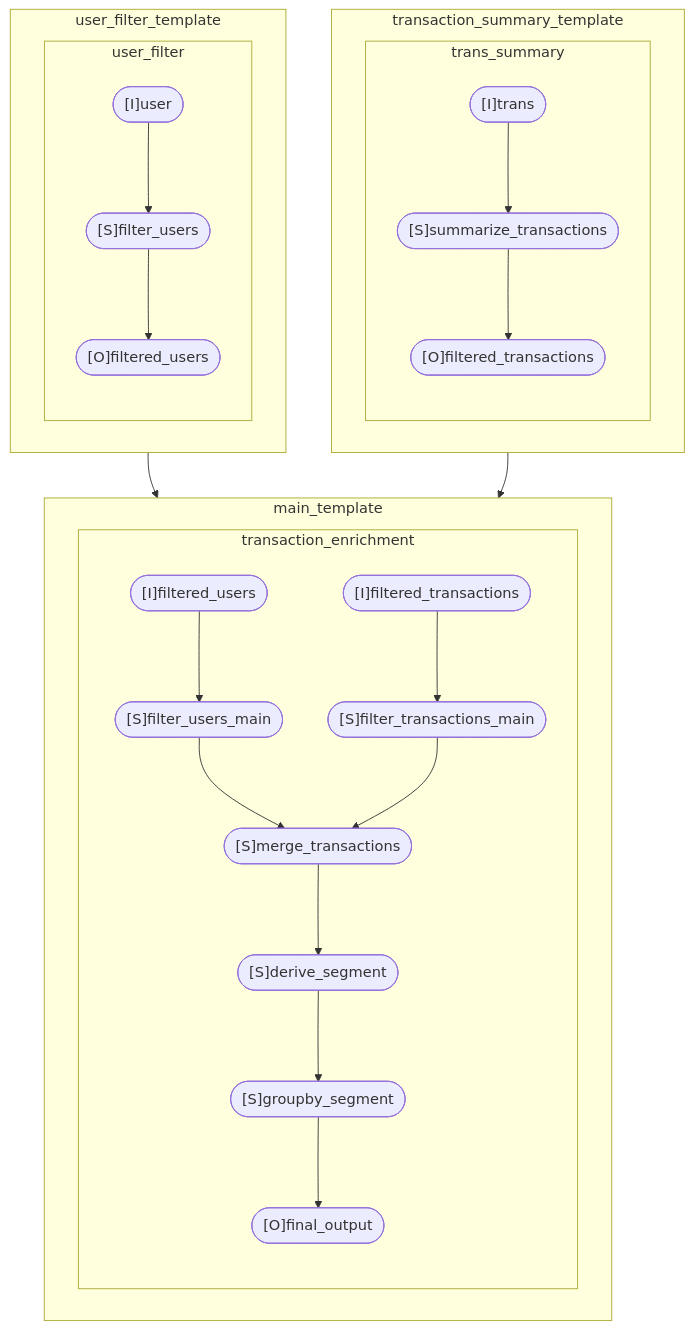
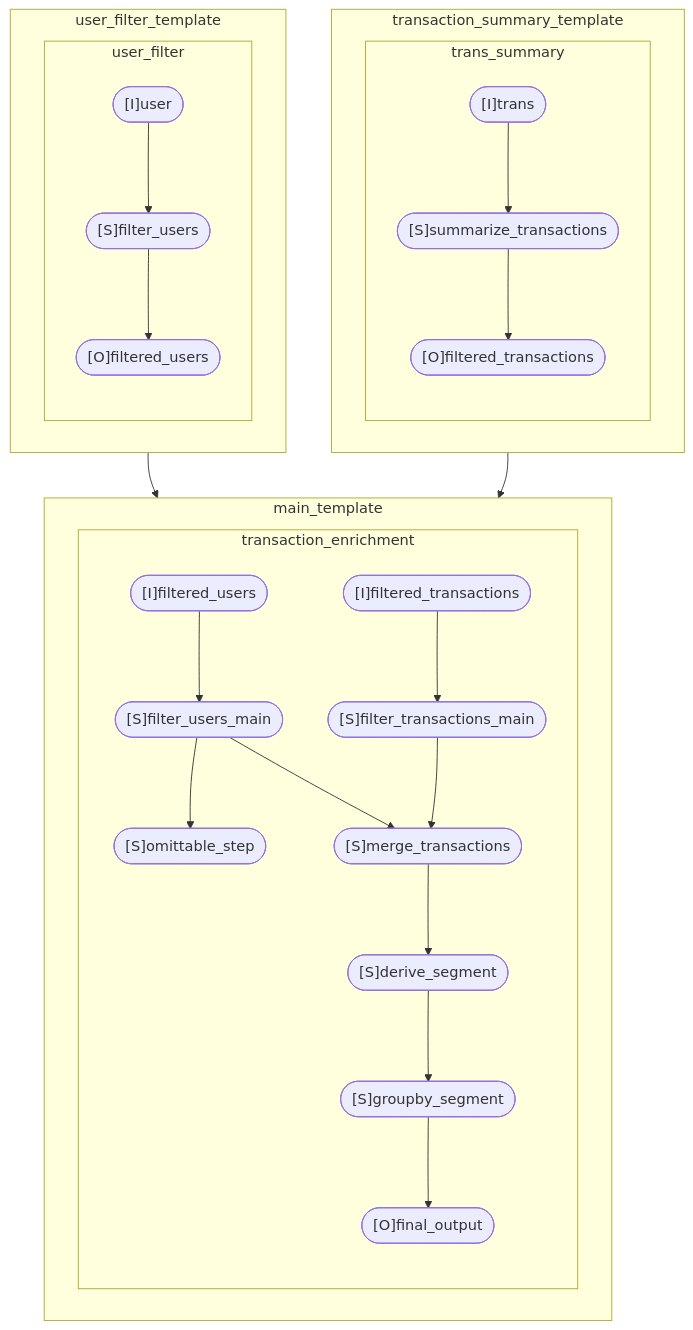
One commit to project-ro/rotab changed the diagram in examples/source_polars/mermaid.mmd. Above: the diagram before and after it, drawn with Mermaid. The commit also changed 3 other files, not shown here.

```diff
--- a/examples/source_polars/mermaid.mmd
+++ b/examples/source_polars/mermaid.mmd
@@ -1,48 +1,50 @@
 graph TB
 %% Nodes
 %% Template: user_filter_template
 subgraph T_user_filter_template ["user_filter_template"]
   %% Process: user_filter
   subgraph P_user_filter ["user_filter"]
     I_user_filter_template__user(["[I]user"])
     S_user_filter_template__filter_users(["[S]filter_users"])
     O_user_filter_template__filtered_users(["[O]filtered_users"])
     I_user_filter_template__user --> S_user_filter_template__filter_users
     S_user_filter_template__filter_users --> O_user_filter_template__filtered_users
   end
 end
 %% Template: transaction_summary_template
 subgraph T_transaction_summary_template ["transaction_summary_template"]
   %% Process: trans_summary
   subgraph P_trans_summary ["trans_summary"]
     I_transaction_summary_template__trans(["[I]trans"])
     S_transaction_summary_template__summarize_transactions(["[S]summarize_transactions"])
     O_transaction_summary_template__filtered_transactions(["[O]filtered_transactions"])
     I_transaction_summary_template__trans --> S_transaction_summary_template__summarize_transactions
     S_transaction_summary_template__summarize_transactions --> O_transaction_summary_template__filtered_transactions
   end
 end
 %% Template: main_template
 subgraph T_main_template ["main_template"]
   %% Process: transaction_enrichment
   subgraph P_transaction_enrichment ["transaction_enrichment"]
     I_main_template__filtered_users(["[I]filtered_users"])
     I_main_template__filtered_transactions(["[I]filtered_transactions"])
     S_main_template__filter_users_main(["[S]filter_users_main"])
+    S_main_template__omittable_step(["[S]omittable_step"])
     S_main_template__filter_transactions_main(["[S]filter_transactions_main"])
     S_main_template__merge_transactions(["[S]merge_transactions"])
     S_main_template__derive_segment(["[S]derive_segment"])
     S_main_template__groupby_segment(["[S]groupby_segment"])
     O_main_template__final_output(["[O]final_output"])
     I_main_template__filtered_users --> S_main_template__filter_users_main
+    S_main_template__filter_users_main --> S_main_template__omittable_step
     I_main_template__filtered_transactions --> S_main_template__filter_transactions_main
     S_main_template__filter_users_main --> S_main_template__merge_transactions
     S_main_template__filter_transactions_main --> S_main_template__merge_transactions
     S_main_template__merge_transactions --> S_main_template__derive_segment
     S_main_template__derive_segment --> S_main_template__groupby_segment
     S_main_template__groupby_segment --> O_main_template__final_output
   end
 end
 %% Template Dependencies
 T_user_filter_template --> T_main_template
 T_transaction_summary_template --> T_main_template
```
